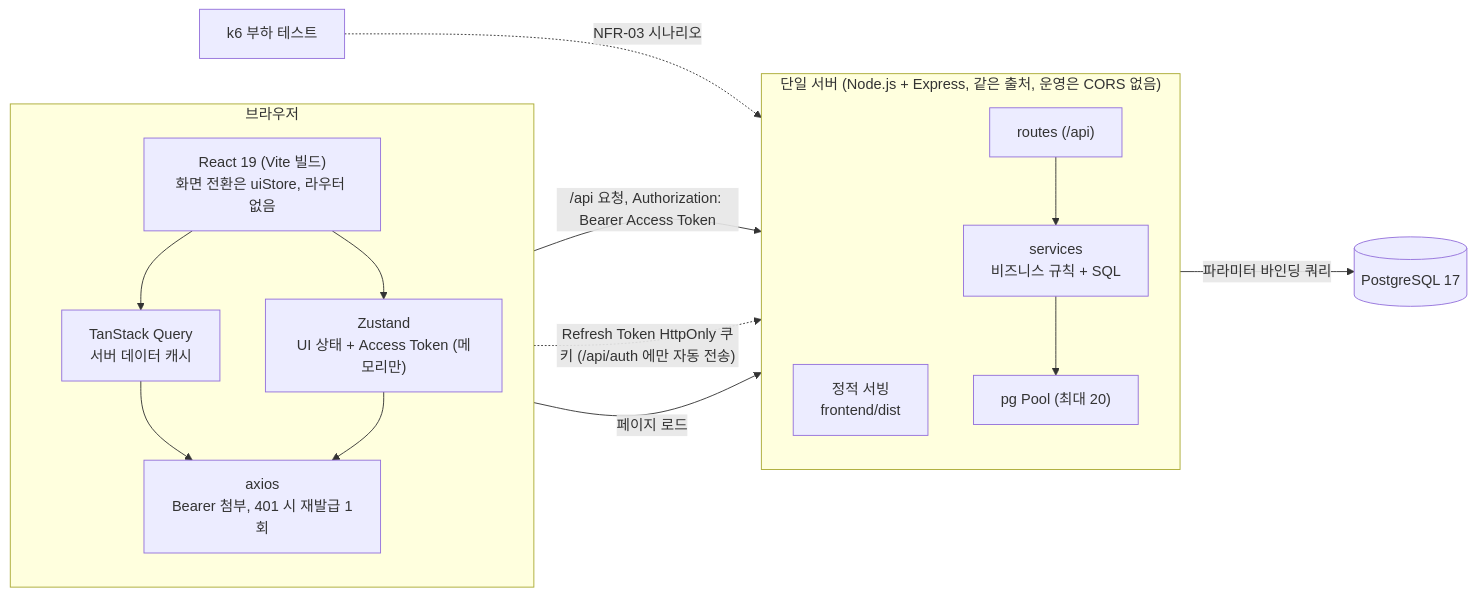
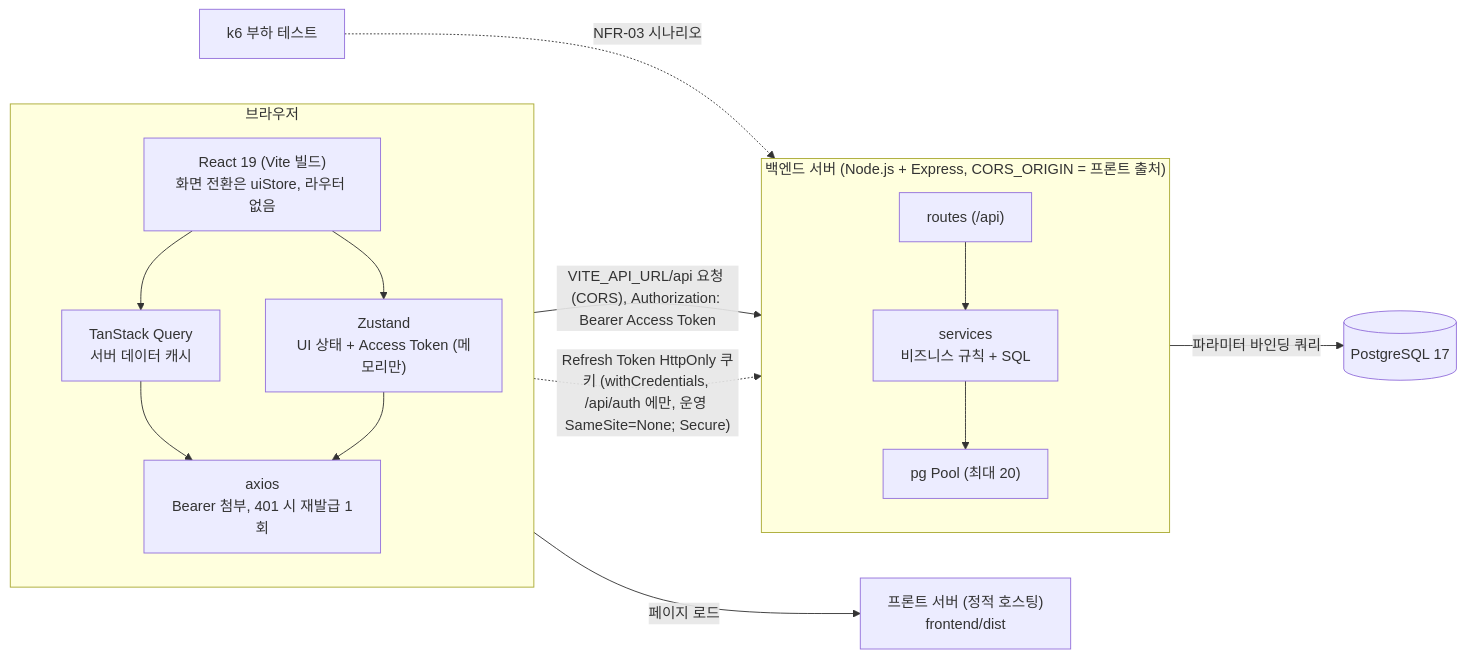
One commit to seungju18/team-caltalk changed the diagram in docs/6-arch-diagram.md. Above: the diagram before and after it, drawn with Mermaid. The commit also changed other lines of this file and 84 other files, not shown here.

````diff
--- a/docs/6-arch-diagram.md
+++ b/docs/6-arch-diagram.md
@@ -17,32 +18,33 @@
 ```mermaid
 flowchart LR
     subgraph Browser["브라우저"]
         direction TB
         React["React 19 (Vite 빌드)<br/>화면 전환은 uiStore, 라우터 없음"]
         Zustand["Zustand<br/>UI 상태 + Access Token (메모리만)"]
         TQ["TanStack Query<br/>서버 데이터 캐시"]
         Axios["axios<br/>Bearer 첨부, 401 시 재발급 1회"]
         React --> Zustand
         React --> TQ
         TQ --> Axios
         Zustand --> Axios
     end
 
-    subgraph Server["단일 서버 (Node.js + Express, 같은 출처, 운영은 CORS 없음)"]
+    Static["프론트 서버 (정적 호스팅)<br/>frontend/dist"]
+
+    subgraph Server["백엔드 서버 (Node.js + Express, CORS_ORIGIN = 프론트 출처)"]
         direction TB
-        Static["정적 서빙<br/>frontend/dist"]
         Routes["routes (/api)"]
         Services["services<br/>비즈니스 규칙 + SQL"]
         Pool["pg Pool (최대 20)"]
         Routes --> Services --> Pool
     end
 
     DB[("PostgreSQL 17")]
     K6["k6 부하 테스트"]
 
     Browser -->|"페이지 로드"| Static
-    Axios -->|"/api 요청, Authorization: Bearer Access Token"| Routes
-    Axios -.->|"Refresh Token HttpOnly 쿠키 (/api/auth 에만 자동 전송)"| Routes
+    Axios -->|"VITE_API_URL/api 요청 (CORS), Authorization: Bearer Access Token"| Routes
+    Axios -.->|"Refresh Token HttpOnly 쿠키 (withCredentials, /api/auth 에만, 운영 SameSite=None; Secure)"| Routes
     Pool -->|"파라미터 바인딩 쿼리"| DB
     K6 -.->|"NFR-03 시나리오"| Routes
 ```
````
